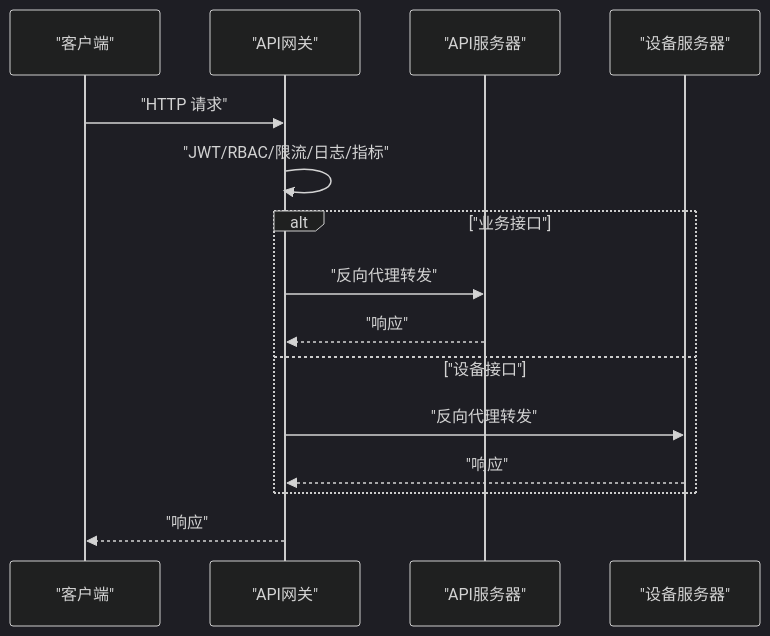
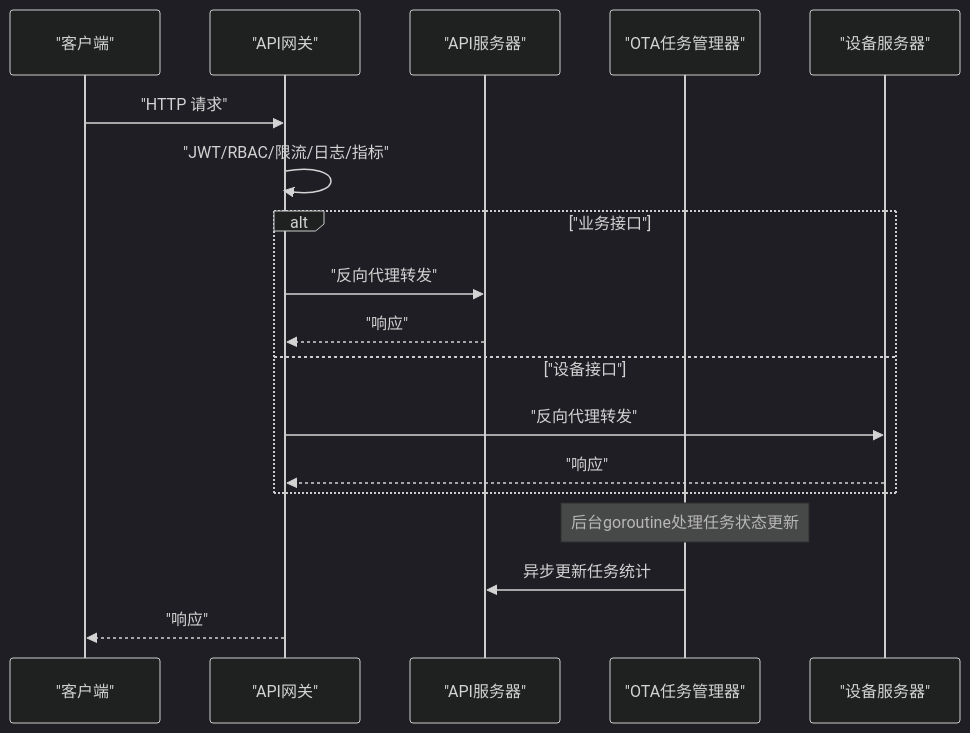
One commit to mcmrzy/cs_inv_monitor-develop changed the second of 6 diagrams in .qoder/repowiki/zh/content/API参考文档/内部服务API.md. Above: the diagram before and after it, drawn with Mermaid (dark theme). The commit also changed other lines of this file and 28 other files, not shown here.

````diff
--- a/.qoder/repowiki/zh/content/API参考文档/内部服务API.md
+++ b/.qoder/repowiki/zh/content/API参考文档/内部服务API.md
@@ -92,17 +107,20 @@
 ```mermaid
 sequenceDiagram
 participant C as "客户端"
 participant GW as "API网关"
 participant API as "API服务器"
+participant OTA as "OTA任务管理器"
 participant DEV as "设备服务器"
 C->>GW : "HTTP 请求"
 GW->>GW : "JWT/RBAC/限流/日志/指标"
 alt "业务接口"
 GW->>API : "反向代理转发"
 API-->>GW : "响应"
 else "设备接口"
 GW->>DEV : "反向代理转发"
 DEV-->>GW : "响应"
 end
+Note over OTA : 后台goroutine处理任务状态更新
+OTA->>API : 异步更新任务统计
 GW-->>C : "响应"
 ```
````
